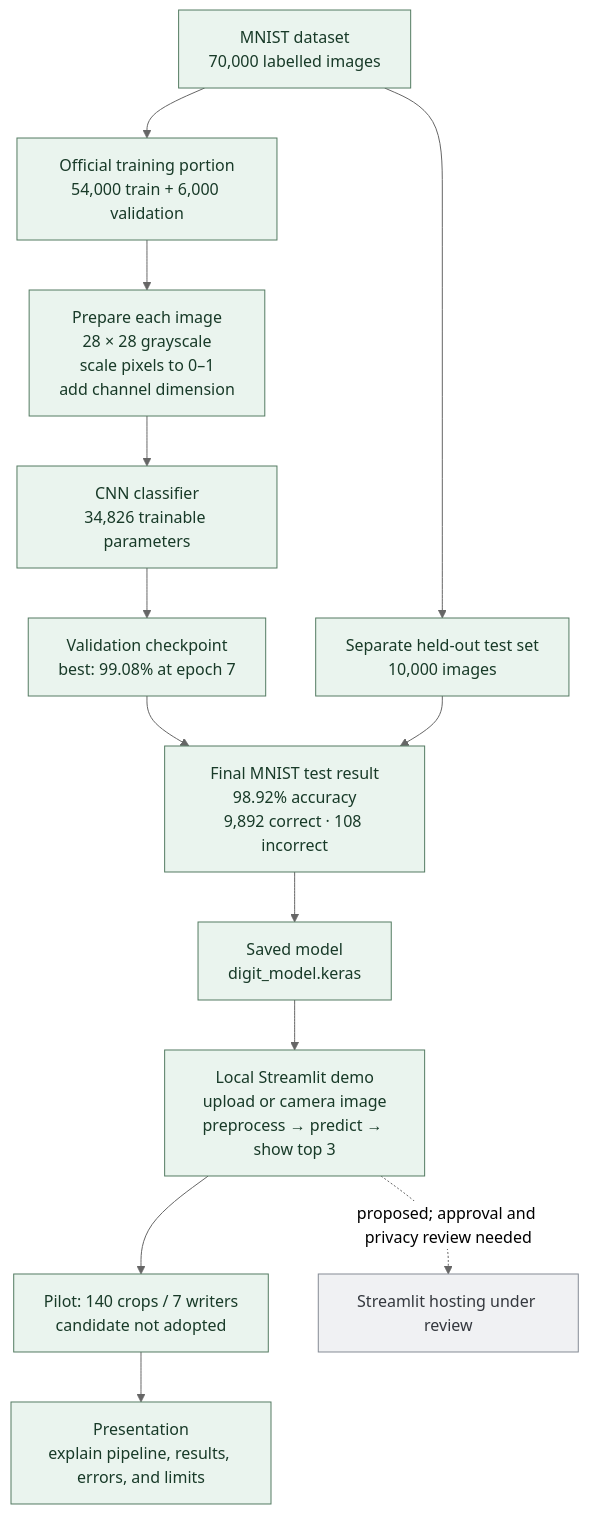
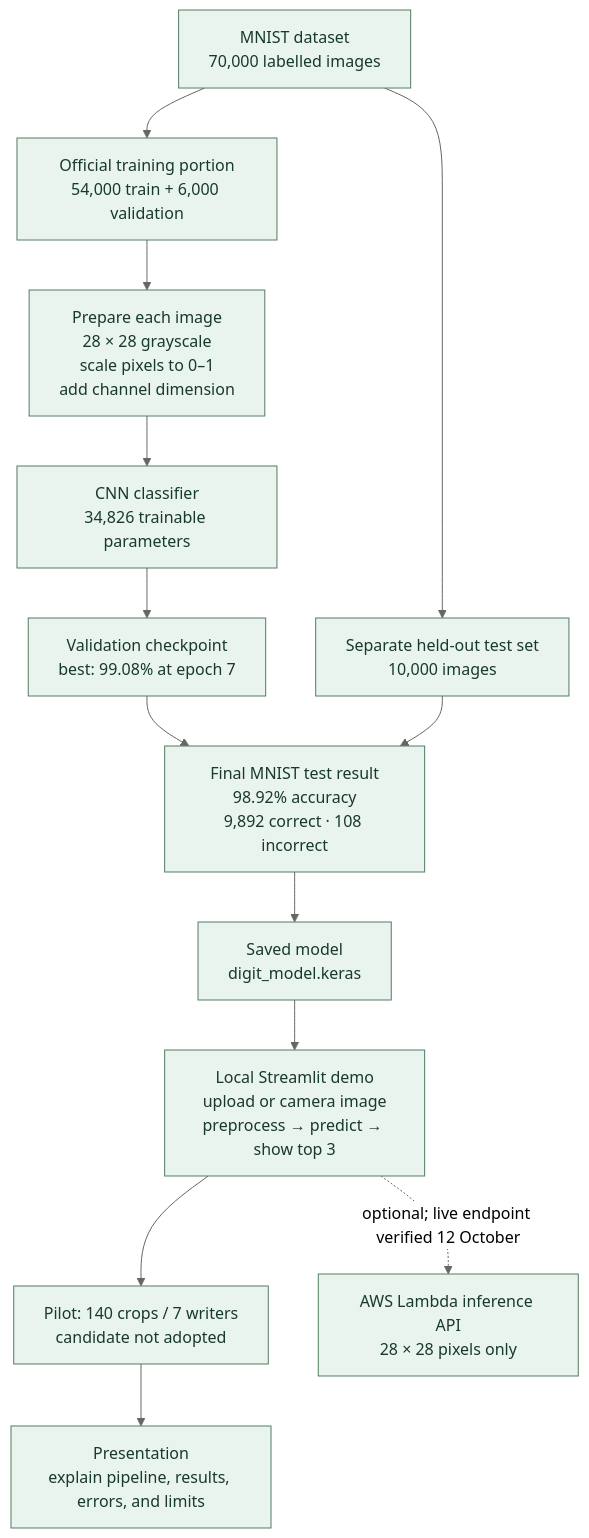
Before and after one commit to Shorya-Raj/cc-ese-handwritten-digit-recognition: the diagram in digit_recognition/PROJECT_OVERVIEW.md, drawn with Mermaid (neutral theme). The commit also changed other lines of this file and 20 other files, not shown here.

Commit message:
Add hybrid AWS inference demo and update project records (#4)

````diff
--- a/digit_recognition/PROJECT_OVERVIEW.md
+++ b/digit_recognition/PROJECT_OVERVIEW.md
@@ -5,22 +5,22 @@
 ```mermaid
 flowchart TB
   A["MNIST dataset<br/>70,000 labelled images"] --> B["Official training portion<br/>54,000 train + 6,000 validation"]
   A --> T["Separate held-out test set<br/>10,000 images"]
   B --> P["Prepare each image<br/>28 × 28 grayscale<br/>scale pixels to 0–1<br/>add channel dimension"]
   P --> C["CNN classifier<br/>34,826 trainable parameters"]
   C --> V["Validation checkpoint<br/>best: 99.08% at epoch 7"]
   V --> E["Final MNIST test result<br/>98.92% accuracy<br/>9,892 correct · 108 incorrect"]
   T --> E
   E --> M["Saved model<br/>digit_model.keras"]
   M --> APP["Local Streamlit demo<br/>upload or camera image<br/>preprocess → predict → show top 3"]
   APP --> PILOT["Pilot: 140 crops / 7 writers<br/>candidate not adopted"]
   PILOT --> PRES["Presentation<br/>explain pipeline, results, errors, and limits"]
-  APP -. "proposed; approval and privacy review needed" .-> CLOUD["Streamlit hosting under review"]
+  APP -. "optional; live endpoint verified 12 October" .-> CLOUD["AWS Lambda inference API<br/>28 × 28 pixels only"]
 
   classDef complete fill:#eaf4ee,stroke:#547b62,color:#183a28
   classDef next fill:#fff4dc,stroke:#9a6f20,color:#4a3300
   classDef deferred fill:#f0f1f3,stroke:#858b95,color:#34383e
   class A,B,T,P,C,V,E,M,APP,PRES complete
   class PILOT complete
-  class CLOUD deferred
+  class CLOUD complete
 ```
````
